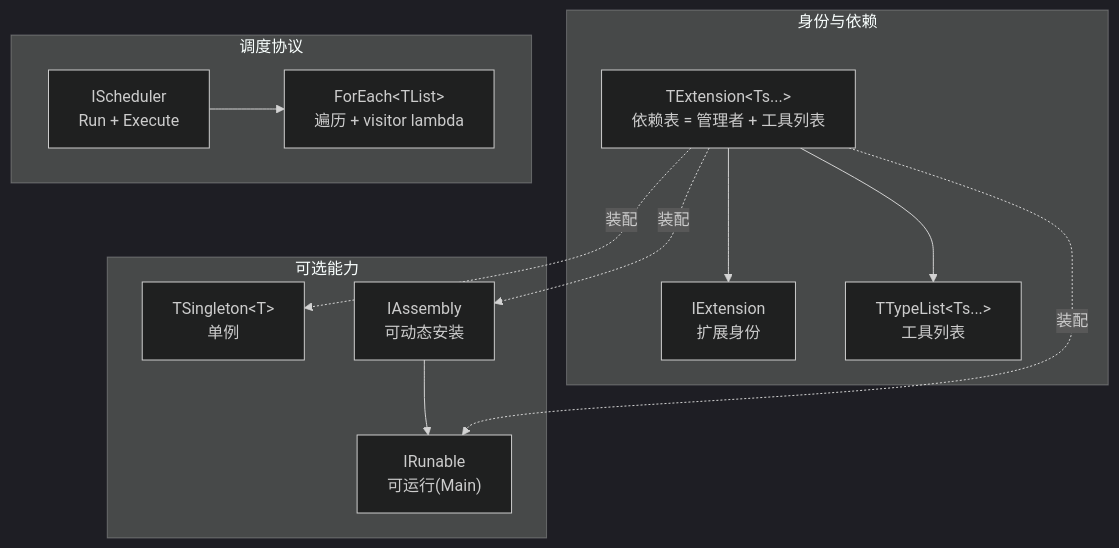
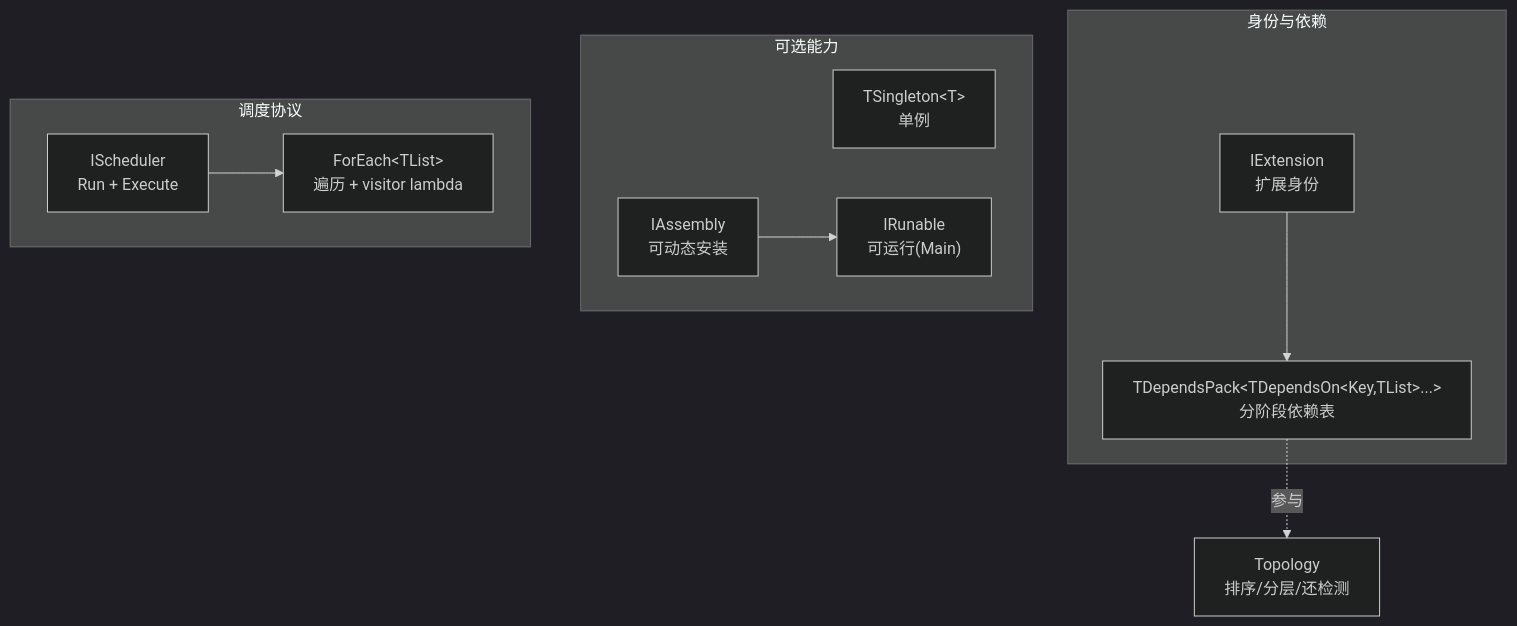
The diagram in Source/Public/Core/CoreDoc.md (InputWindy/Hiyajo), drawn with Mermaid (dark theme) before and after one commit. The commit also changed other lines of this file and 4 other files, not shown here.

Commit message:
Drop TExtension: an extension is IExtension + FDependsPack only

````diff
--- a/Source/Public/Core/CoreDoc.md
+++ b/Source/Public/Core/CoreDoc.md
@@ -74,27 +79,24 @@
 ```mermaid
 graph TD
     subgraph 身份与依赖
         IExtension["IExtension<br/>扩展身份"]
-        TExtension["TExtension&lt;Ts...&gt;<br/>依赖表 = 管理者 + 工具列表"]
-        TTypeList["TTypeList&lt;Ts...&gt;<br/>工具列表"]
-        TExtension --> IExtension
-        TExtension --> TTypeList
+        DependsPack["TDependsPack&lt;TDependsOn&lt;Key,TList&gt;...&gt;<br/>分阶段依赖表"]
+        IExtension --> DependsPack
     end
 
     subgraph 可选能力
         TSingleton["TSingleton&lt;T&gt;<br/>单例"]
         IRunable["IRunable<br/>可运行(Main)"]
         IAssembly["IAssembly<br/>可动态安装"]
         IAssembly --> IRunable
     end
 
     subgraph 调度协议
         IScheduler["IScheduler<br/>Run + Execute"]
         ForEach["ForEach&lt;TList&gt;<br/>遍历 + visitor lambda"]
         IScheduler --> ForEach
     end
 
-    TExtension -.装配.-> TSingleton
-    TExtension -.装配.-> IRunable
-    TExtension -.装配.-> IAssembly
+    DependsPack -.参与.-> Topology
+    Topology["Topology<br/>排序/分层/还检测"]
 ```
````
